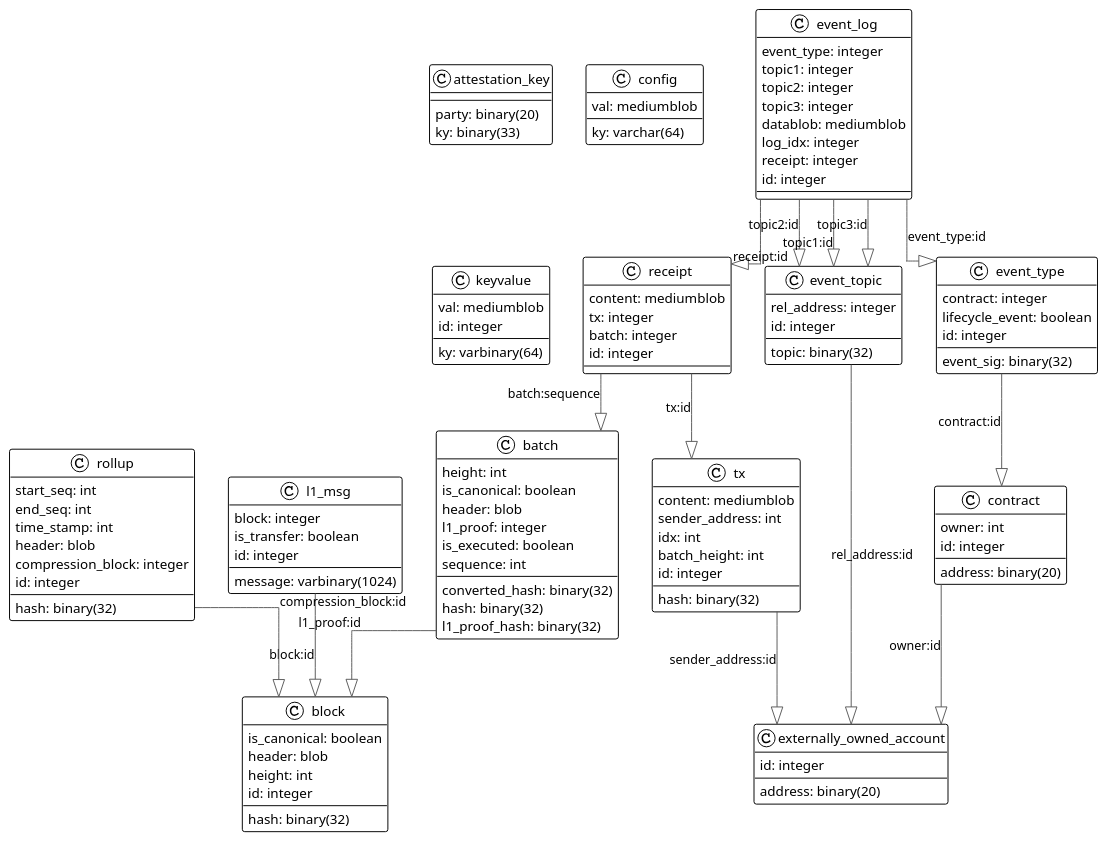
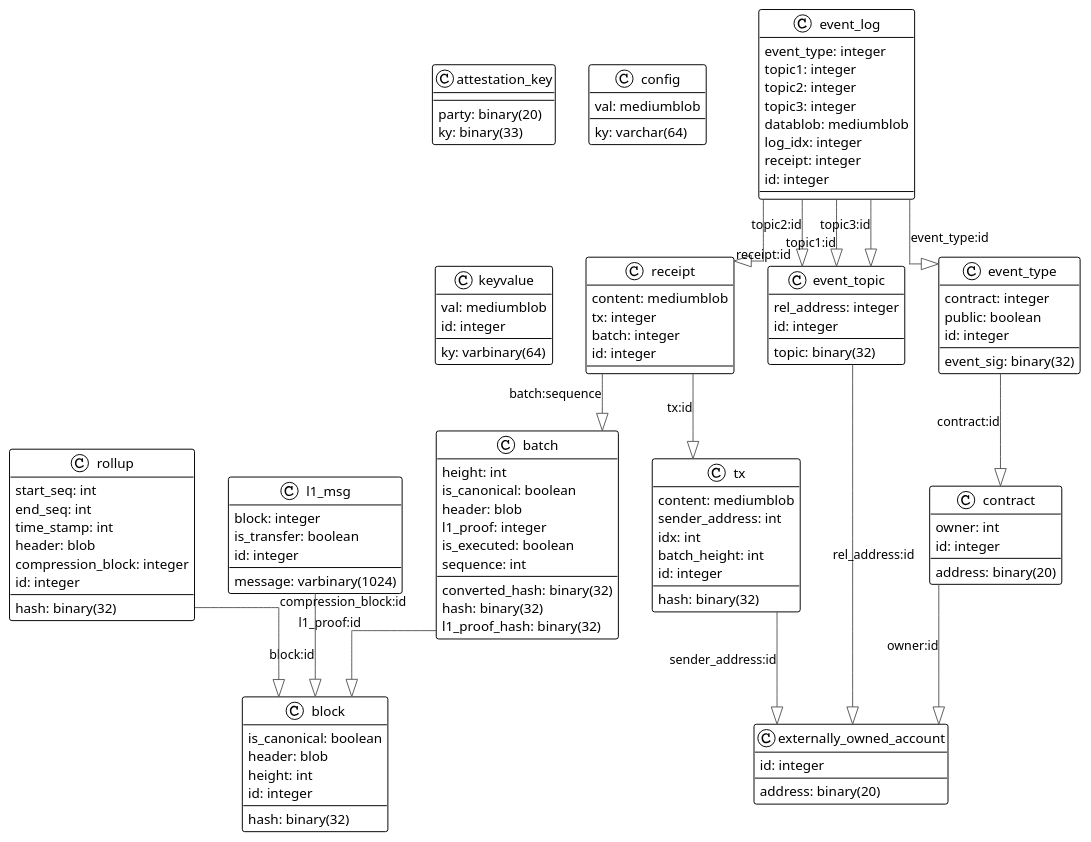
Before and after one commit to ten-protocol/go-ten: the diagram in design/architecture/db_schema.puml, drawn with PlantUML. The commit also changed 23 other files, not shown here.

```diff
--- a/design/architecture/db_schema.puml
+++ b/design/architecture/db_schema.puml
@@ -1,112 +1,112 @@
 @startuml
 
 !theme plain
 top to bottom direction
 skinparam linetype ortho
 
 class attestation_key {
    party: binary(20)
    ky: binary(33)
 }
 class batch {
    converted_hash: binary(32)
    hash: binary(32)
    height: int
    is_canonical: boolean
    header: blob
    l1_proof_hash: binary(32)
    l1_proof: integer
    is_executed: boolean
    sequence: int
 }
 class block {
    hash: binary(32)
    is_canonical: boolean
    header: blob
    height: int
    id: integer
 }
 class config {
    val: mediumblob
    ky: varchar(64)
 }
 class contract {
    address: binary(20)
    owner: int
    id: integer
 }
 class event_log {
    event_type: integer
    topic1: integer
    topic2: integer
    topic3: integer
    datablob: mediumblob
    log_idx: integer
    receipt: integer
    id: integer
 }
 class event_topic {
    topic: binary(32)
    rel_address: integer
    id: integer
 }
 class event_type {
    contract: integer
    event_sig: binary(32)
-   lifecycle_event: boolean
+   public: boolean
    id: integer
 }
 class externally_owned_account {
    address: binary(20)
    id: integer
 }
 class keyvalue {
    ky: varbinary(64)
    val: mediumblob
    id: integer
 }
 class l1_msg {
    message: varbinary(1024)
    block: integer
    is_transfer: boolean
    id: integer
 }
 class receipt {
    content: mediumblob
    tx: integer
    batch: integer
    id: integer
 }
 class rollup {
    hash: binary(32)
    start_seq: int
    end_seq: int
    time_stamp: int
    header: blob
    compression_block: integer
    id: integer
 }
 class tx {
    hash: binary(32)
    content: mediumblob
    sender_address: int
    idx: int
    batch_height: int
    id: integer
 }
 
 batch                     -[#595959,plain]-^  block                    : "l1_proof:id"
 contract                  -[#595959,plain]-^  externally_owned_account : "owner:id"
 event_log                 -[#595959,plain]-^  event_topic              : "topic2:id"
 event_log                 -[#595959,plain]-^  event_topic              : "topic1:id"
 event_log                 -[#595959,plain]-^  event_topic              : "topic3:id"
 event_log                 -[#595959,plain]-^  event_type               : "event_type:id"
 event_log                 -[#595959,plain]-^  receipt                  : "receipt:id"
 event_topic               -[#595959,plain]-^  externally_owned_account : "rel_address:id"
 event_type                -[#595959,plain]-^  contract                 : "contract:id"
 l1_msg                    -[#595959,plain]-^  block                    : "block:id"
 receipt                   -[#595959,plain]-^  batch                    : "batch:sequence"
 receipt                   -[#595959,plain]-^  tx                       : "tx:id"
 rollup                    -[#595959,plain]-^  block                    : "compression_block:id"
 tx                        -[#595959,plain]-^  externally_owned_account : "sender_address:id"
 @enduml
```
